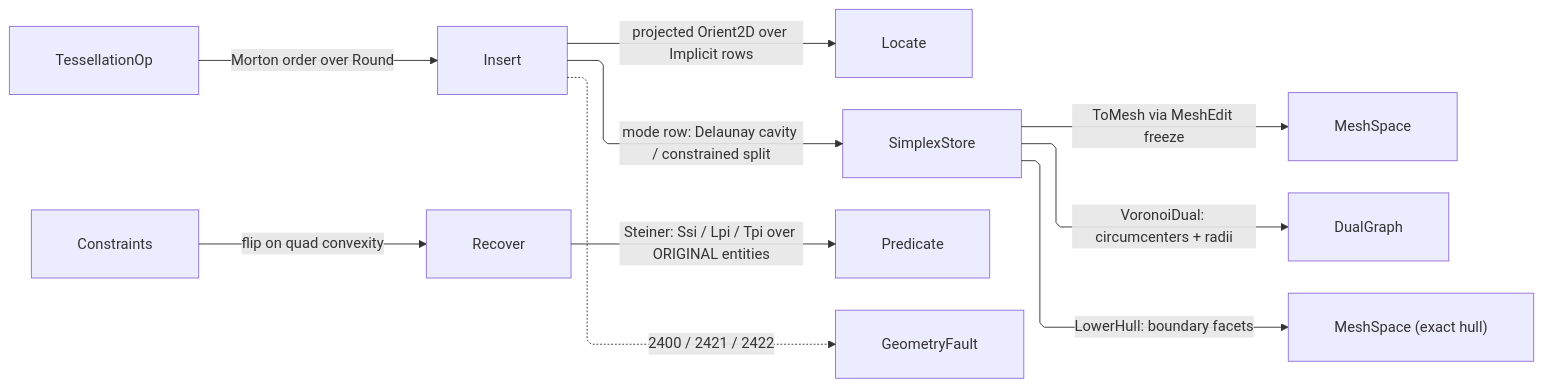
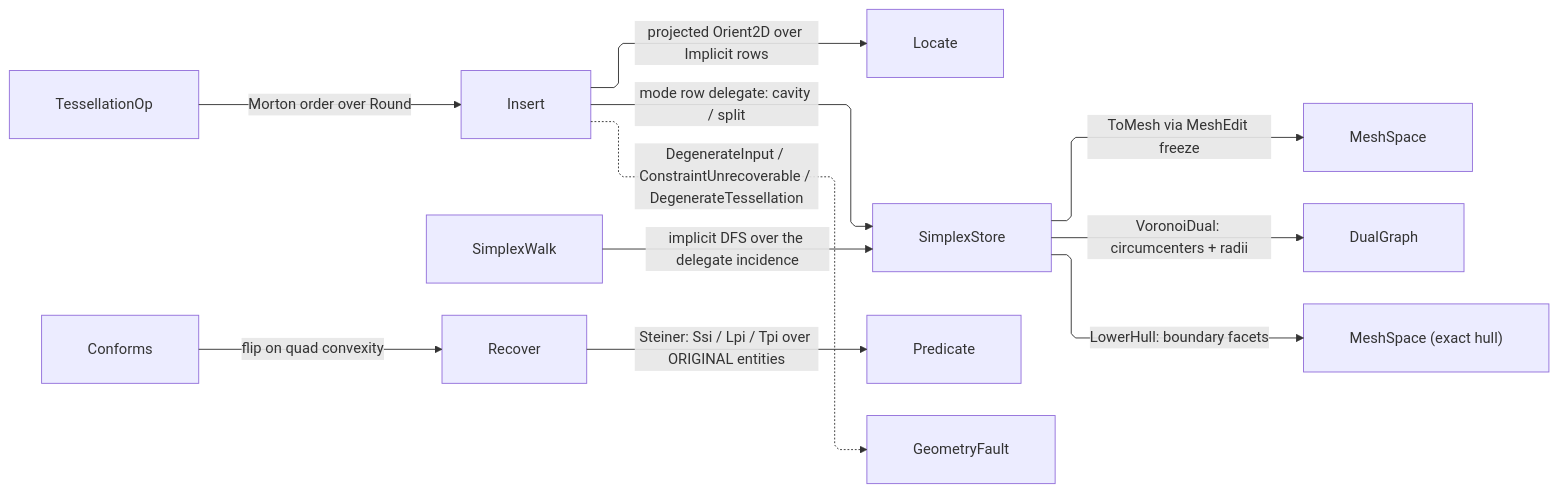
Before and after one commit to bsamiee/Rasm: the diagram in libs/csharp/Rasm/.planning/Meshing/delaunay.md, drawn with Mermaid. The commit also changed other lines of this file and 818 other files, not shown here.

````diff
--- a/libs/csharp/Rasm/.planning/Meshing/delaunay.md
+++ b/libs/csharp/Rasm/.planning/Meshing/delaunay.md
@@ -1180,21 +1312,22 @@
 ```mermaid
 ---
 config:
   layout: elk
   flowchart:
     curve: linear
     padding: 25
 ---
 flowchart LR
     accTitle: Tessellation build flow
-    accDescr: Vertices and constraints flow through the simplex store build, recovery, and the mesh, triangle, dual, and hull projections.
+    accDescr: Vertices and conform rows flow through the simplex store build, recovery, and the mesh, triangle, dual, and hull projections.
     TessellationOp -->|Morton order over Round| Insert
     Insert -->|projected Orient2D over Implicit rows| Locate
-    Insert -->|mode row: Delaunay cavity / constrained split| SimplexStore
-    Constraints -->|flip on quad convexity| Recover
+    Insert -->|mode row delegate: cavity / split| SimplexStore
+    SimplexWalk -->|implicit DFS over the delegate incidence| SimplexStore
+    Conforms -->|flip on quad convexity| Recover
     Recover -->|Steiner: Ssi / Lpi / Tpi over ORIGINAL entities| Predicate
     SimplexStore -->|ToMesh via MeshEdit freeze| MeshSpace
     SimplexStore -->|VoronoiDual: circumcenters + radii| DualGraph
     SimplexStore -->|LowerHull: boundary facets| Hull["MeshSpace (exact hull)"]
-    Insert -.->|2400 / 2421 / 2422| GeometryFault
+    Insert -.->|DegenerateInput / ConstraintUnrecoverable / DegenerateTessellation| GeometryFault
 ```
````
